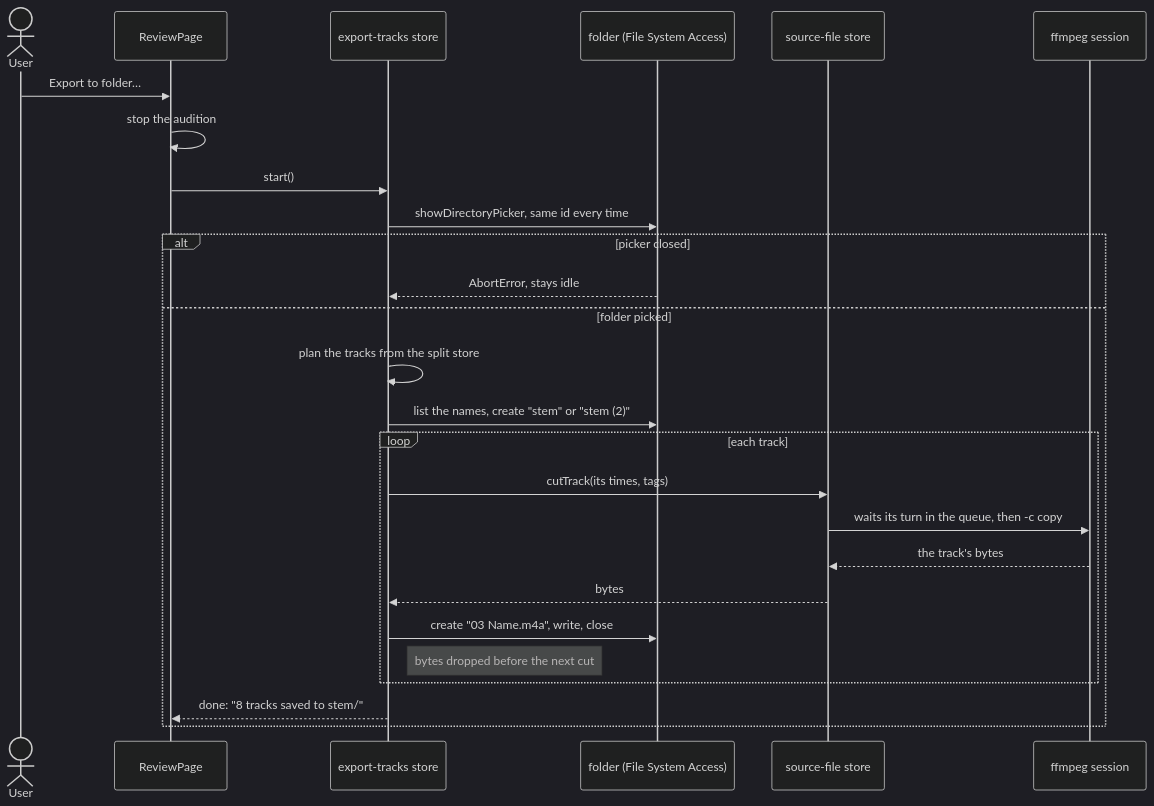
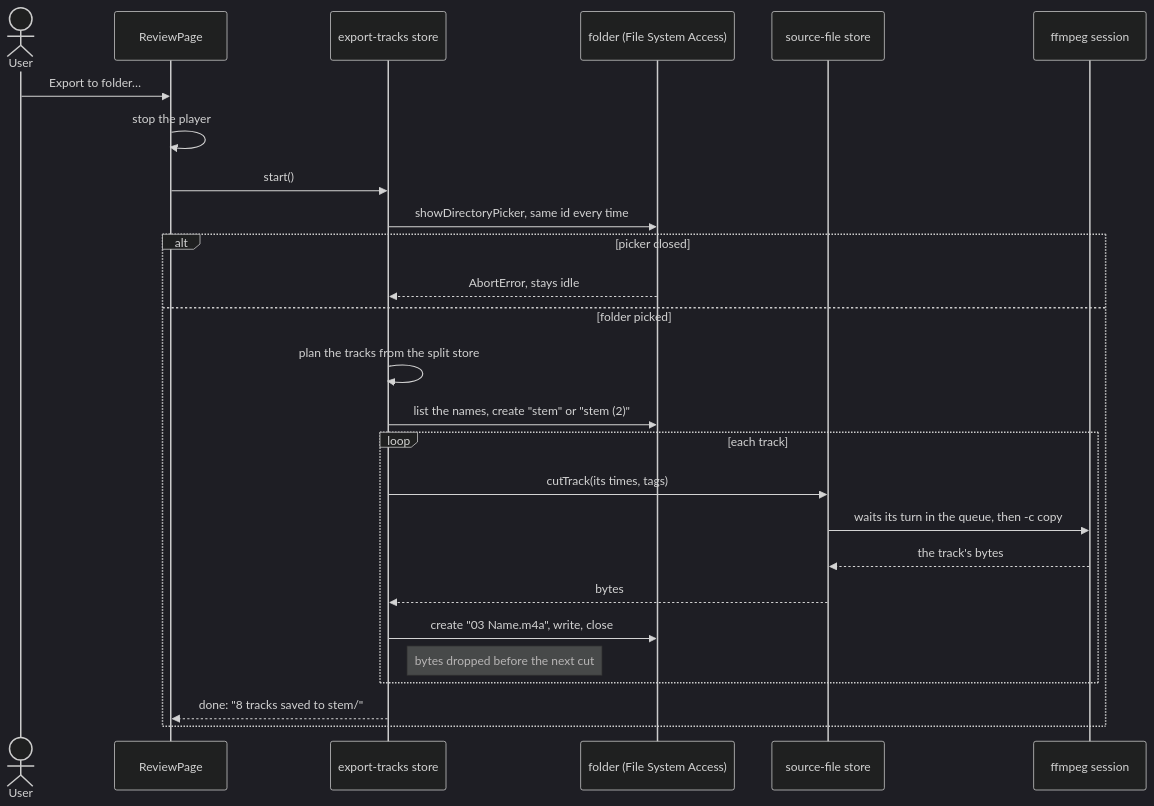
The sixth of 7 diagrams in docs/architecture.md (suleymanyaryev/audio-splitter), drawn with Mermaid (dark theme) before and after one commit. The commit also changed other lines of this file and 13 other files, not shown here.

Commit message:
feat: play the range, with the audition store as the one player

````diff
--- a/docs/architecture.md
+++ b/docs/architecture.md
@@ -115,29 +138,29 @@
 ```mermaid
 sequenceDiagram
   actor User
   participant page as ReviewPage
   participant exporter as export-tracks store
   participant folder as folder (File System Access)
   participant store as source-file store
   participant session as ffmpeg session
 
   User->>page: Export to folder…
-  page->>page: stop the audition
+  page->>page: stop the player
   page->>exporter: start()
   exporter->>folder: showDirectoryPicker, same id every time
   alt picker closed
     folder-->>exporter: AbortError, stays idle
   else folder picked
     exporter->>exporter: plan the tracks from the split store
     exporter->>folder: list the names, create "stem" or "stem (2)"
     loop each track
       exporter->>store: cutTrack(its times, tags)
       store->>session: waits its turn in the queue, then -c copy
       session-->>store: the track's bytes
       store-->>exporter: bytes
       exporter->>folder: create "03 Name.m4a", write, close
       Note right of exporter: bytes dropped before the next cut
     end
     exporter-->>page: done: "8 tracks saved to stem/"
   end
 ```
````
